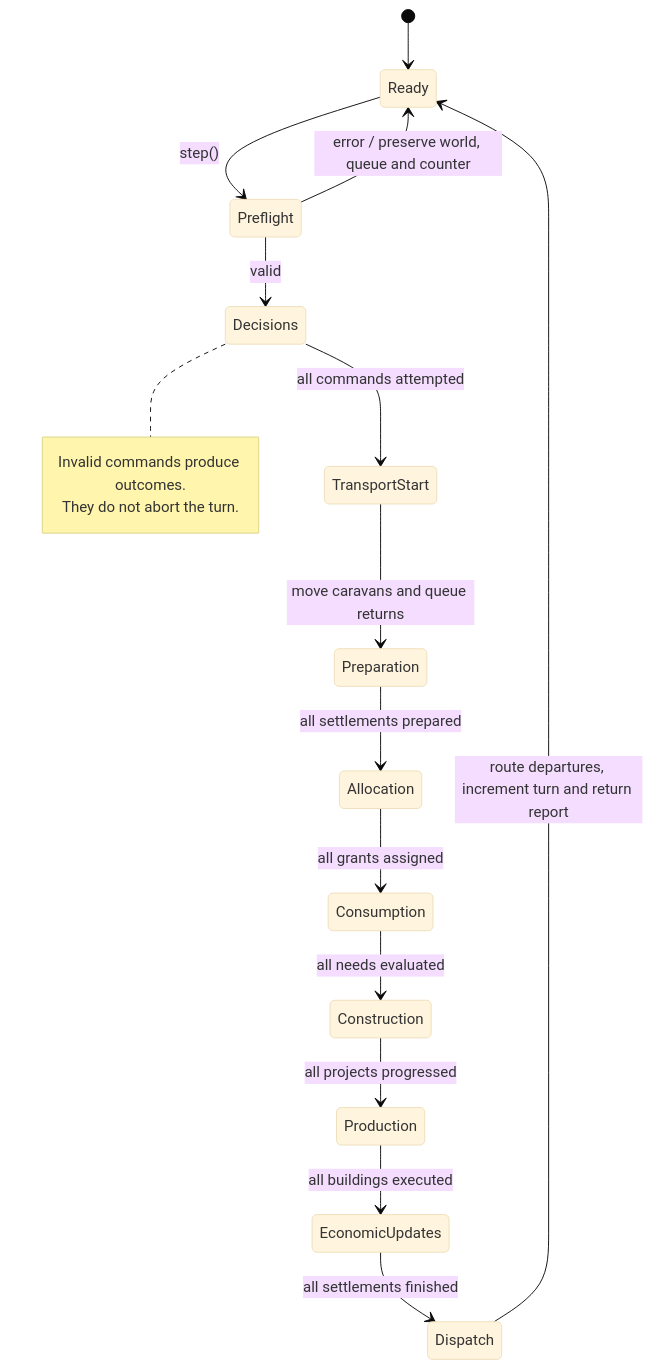
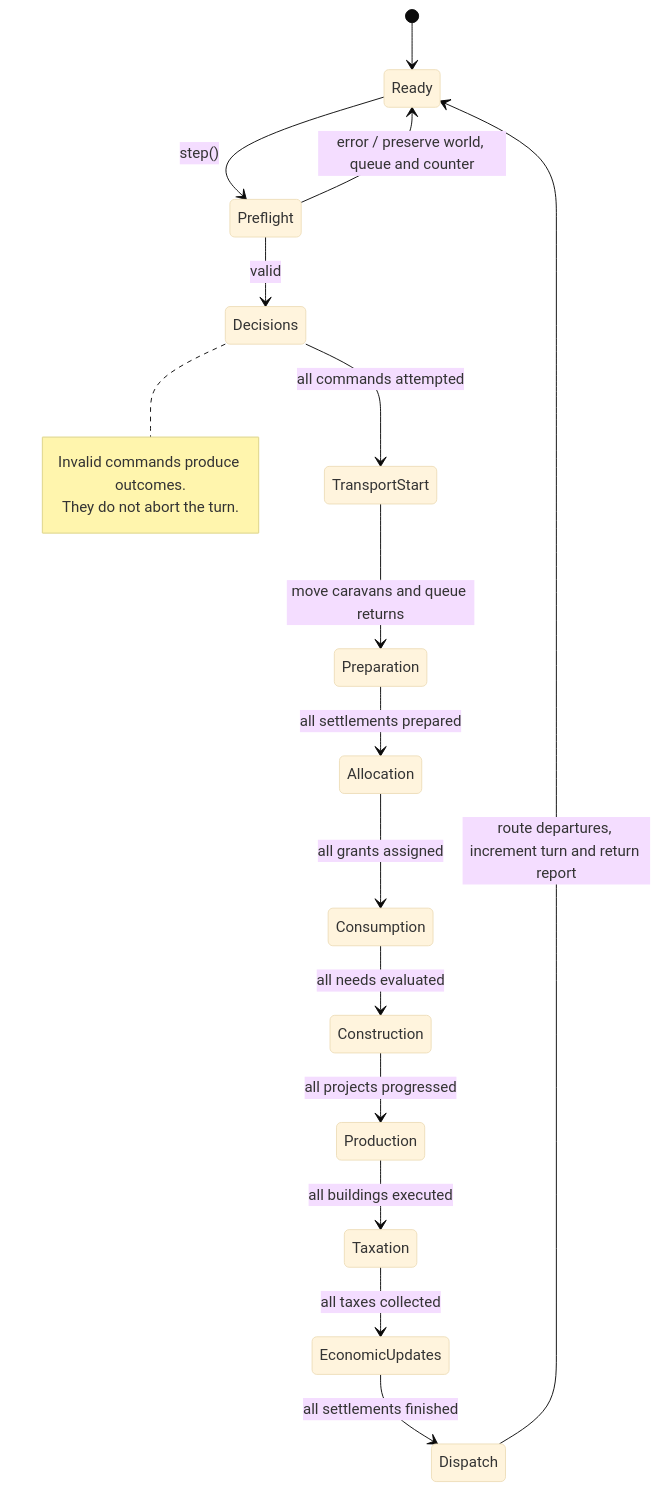
The second of 3 diagrams in docs/architecture/overview/turn_lifecycle.md (KMaksymilian/marl-grand-strategy-game), drawn with Mermaid (base theme) before and after one commit. The commit also changed other lines of this file and 29 other files, not shown here.

````diff
--- a/docs/architecture/overview/turn_lifecycle.md
+++ b/docs/architecture/overview/turn_lifecycle.md
@@ -75,20 +76,21 @@
 ```mermaid
 stateDiagram-v2
     [*] --> Ready
     Ready --> Preflight: step()
     Preflight --> Ready: error / preserve world, queue and counter
     Preflight --> Decisions: valid
     Decisions --> TransportStart: all commands attempted
     TransportStart --> Preparation: move caravans and queue returns
     Preparation --> Allocation: all settlements prepared
     Allocation --> Consumption: all grants assigned
     Consumption --> Construction: all needs evaluated
     Construction --> Production: all projects progressed
-    Production --> EconomicUpdates: all buildings executed
+    Production --> Taxation: all buildings executed
+    Taxation --> EconomicUpdates: all taxes collected
     EconomicUpdates --> Dispatch: all settlements finished
     Dispatch --> Ready: route departures, increment turn and return report
     note right of Decisions
         Invalid commands produce outcomes.
         They do not abort the turn.
     end note
 ```
````
